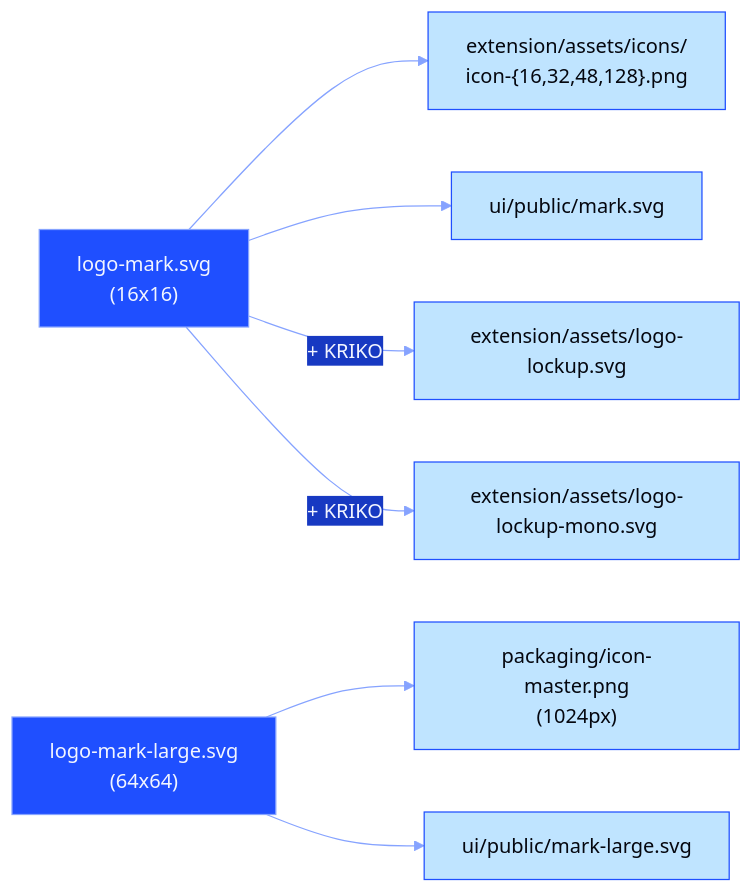
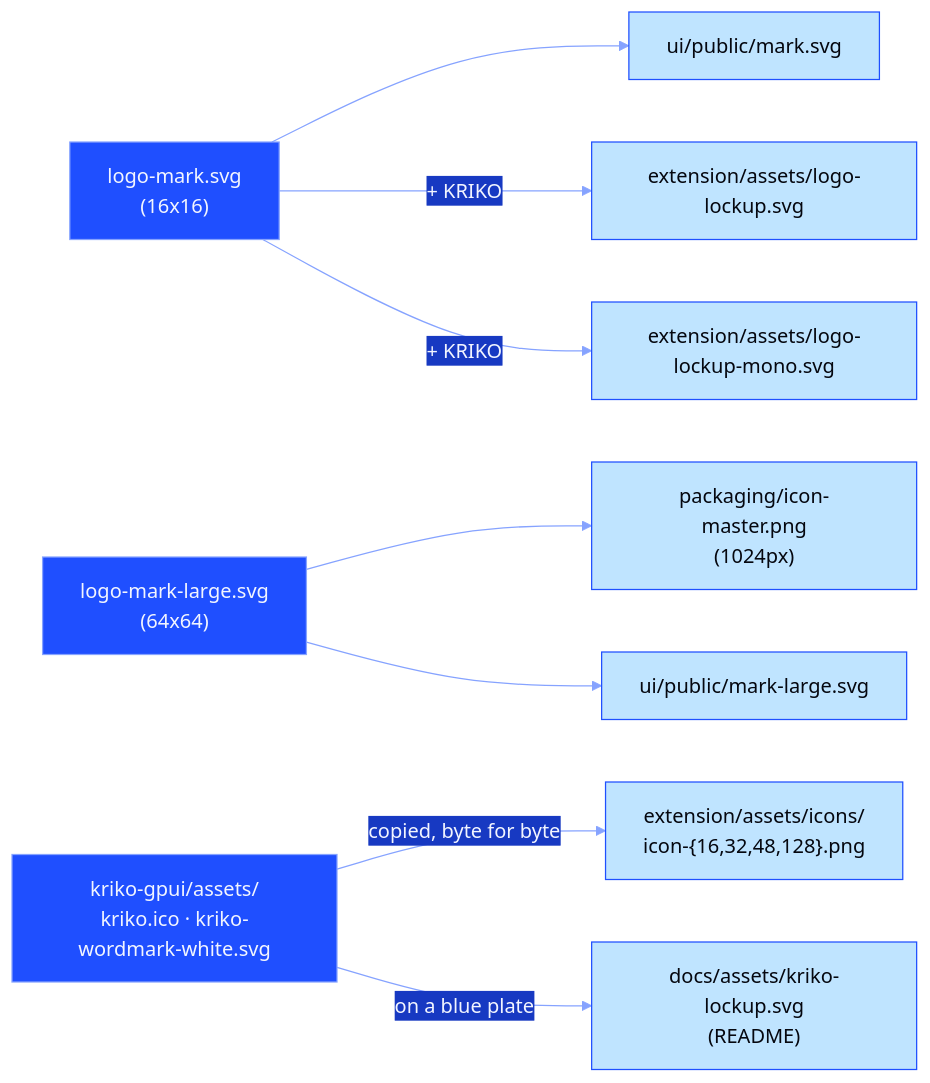
The diagram in docs/BRAND.md (Berbadov/kriko), drawn with Mermaid before and after one commit. The commit also changed other lines of this file and 15 other files, not shown here.

````diff
--- a/docs/BRAND.md
+++ b/docs/BRAND.md
@@ -12,15 +12,17 @@
 ```mermaid
 %%{init: {"theme":"base","themeVariables":{"fontFamily":"ui-monospace, SFMono-Regular, Consolas, monospace","primaryColor":"#090E1B","primaryTextColor":"#F2F5FF","primaryBorderColor":"#1F4FFF","lineColor":"#86A3FF","secondaryColor":"#1739C2","tertiaryColor":"#080B16","noteBkgColor":"#BFE4FF","noteTextColor":"#05070F","actorBkg":"#090E1B","actorTextColor":"#F2F5FF","actorBorder":"#1F4FFF","signalColor":"#86A3FF","signalTextColor":"#86A3FF"}}}%%
 flowchart LR
     S1["logo-mark.svg<br/>(16x16)"]:::brand
     S2["logo-mark-large.svg<br/>(64x64)"]:::brand
-    S1 --> O1["extension/assets/icons/<br/>icon-{16,32,48,128}.png"]:::ice
+    S0["kriko-gpui/assets/<br/>kriko.ico · kriko-wordmark-white.svg"]:::brand
+    S0 -->|"copied, byte for byte"| O1["extension/assets/icons/<br/>icon-{16,32,48,128}.png"]:::ice
+    S0 -->|"on a blue plate"| O7["docs/assets/kriko-lockup.svg<br/>(README)"]:::ice
     S1 --> O2["ui/public/mark.svg"]:::ice
     S2 --> O3["packaging/icon-master.png<br/>(1024px)"]:::ice
     S2 --> O4["ui/public/mark-large.svg"]:::ice
     S1 -->|"+ KRIKO"| O5["extension/assets/logo-lockup.svg"]:::ice
     S1 -->|"+ KRIKO"| O6["extension/assets/logo-lockup-mono.svg"]:::ice
 
     classDef brand  fill:#1F4FFF,stroke:#86A3FF,color:#F2F5FF
     classDef ice    fill:#BFE4FF,stroke:#1F4FFF,color:#05070F
 ```
````
